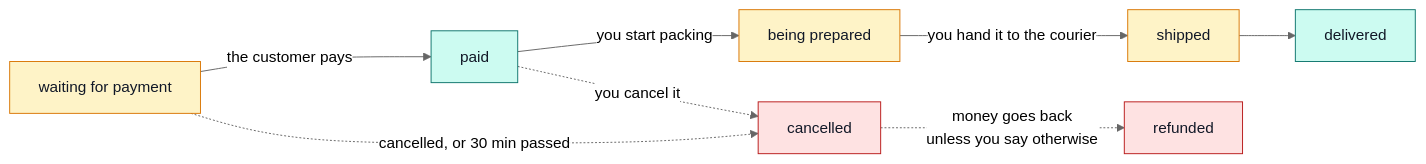
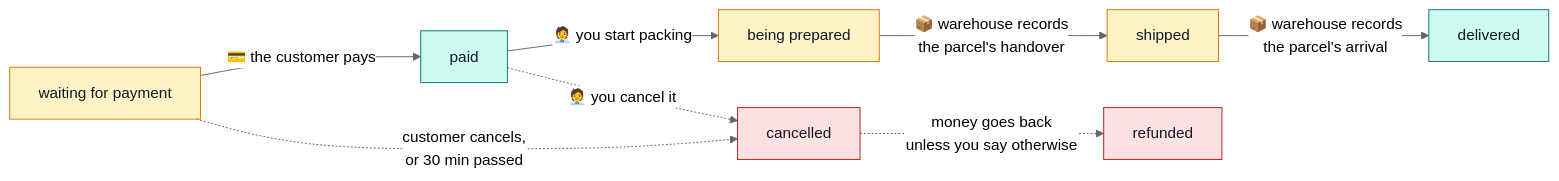
One commit to Guebbit/boilerplate-node-backend changed the first of 4 diagrams in docs/demo-ecommerce/manager.md. Above: the diagram before and after it, drawn with Mermaid (neutral theme). The commit also changed other lines of this file and 1 other file, not shown here.

````diff
--- a/docs/demo-ecommerce/manager.md
+++ b/docs/demo-ecommerce/manager.md
@@ -11,18 +15,18 @@
 ```mermaid
 %%{init: {'flowchart': {'nodeSpacing': 30, 'rankSpacing': 55}}}%%
 flowchart LR
-    P["waiting for payment"] -->|"the customer pays"| PA["paid"]
-    PA -->|"you start packing"| PR["being prepared"]
-    PR -->|"you hand it to the courier"| SH["shipped"]
-    SH --> DE["delivered"]
-    P -.->|"cancelled, or 30 min passed"| CA["cancelled"]
-    PA -.->|"you cancel it"| CA
+    P["waiting for payment"] -->|"💳 the customer pays"| PA["paid"]
+    PA -->|"🧑‍💼 you start packing"| PR["being prepared"]
+    PR -->|"📦 warehouse records<br/>the parcel's handover"| SH["shipped"]
+    SH -->|"📦 warehouse records<br/>the parcel's arrival"| DE["delivered"]
+    P -.->|"customer cancels,<br/>or 30 min passed"| CA["cancelled"]
+    PA -.->|"🧑‍💼 you cancel it"| CA
     CA -.->|"money goes back<br/>unless you say otherwise"| RF["refunded"]
 
     classDef open fill:#fef3c7,stroke:#d97706,color:#111827;
     classDef done fill:#ccfbf1,stroke:#0f766e,color:#111827;
     classDef bad fill:#fee2e2,stroke:#b91c1c,color:#111827;
     class P,PR,SH open;
     class PA,DE done;
     class CA,RF bad;
 ```
````
